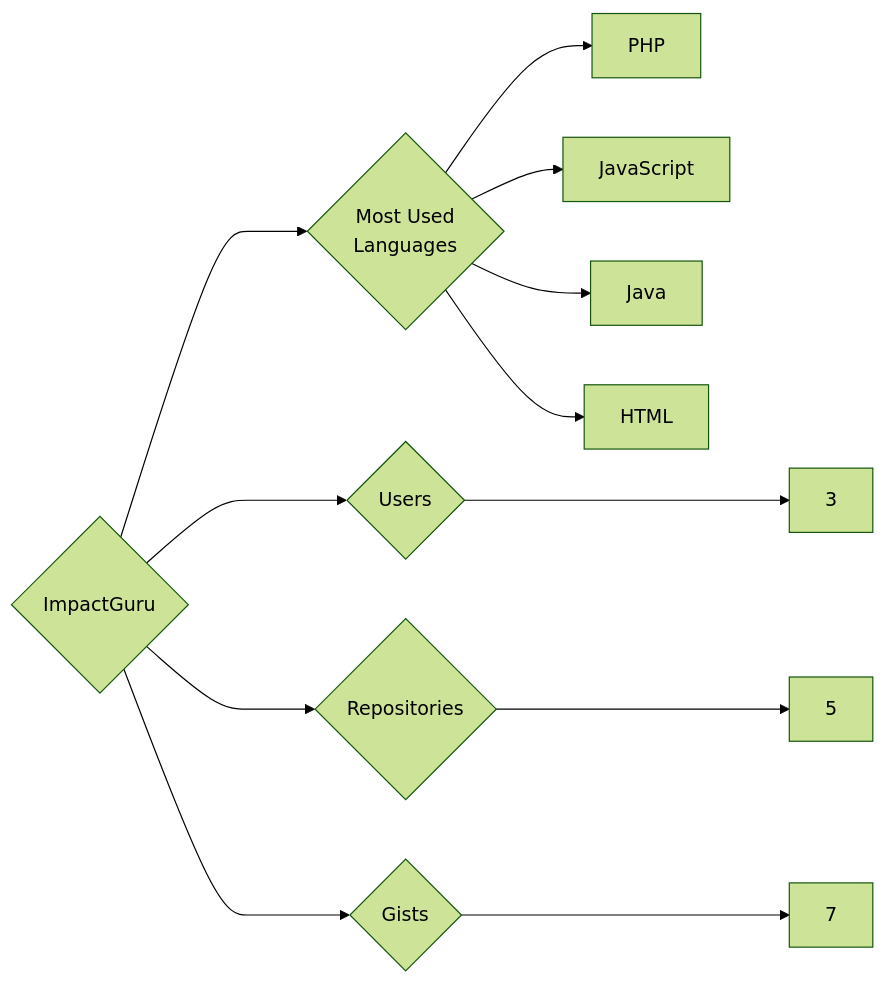
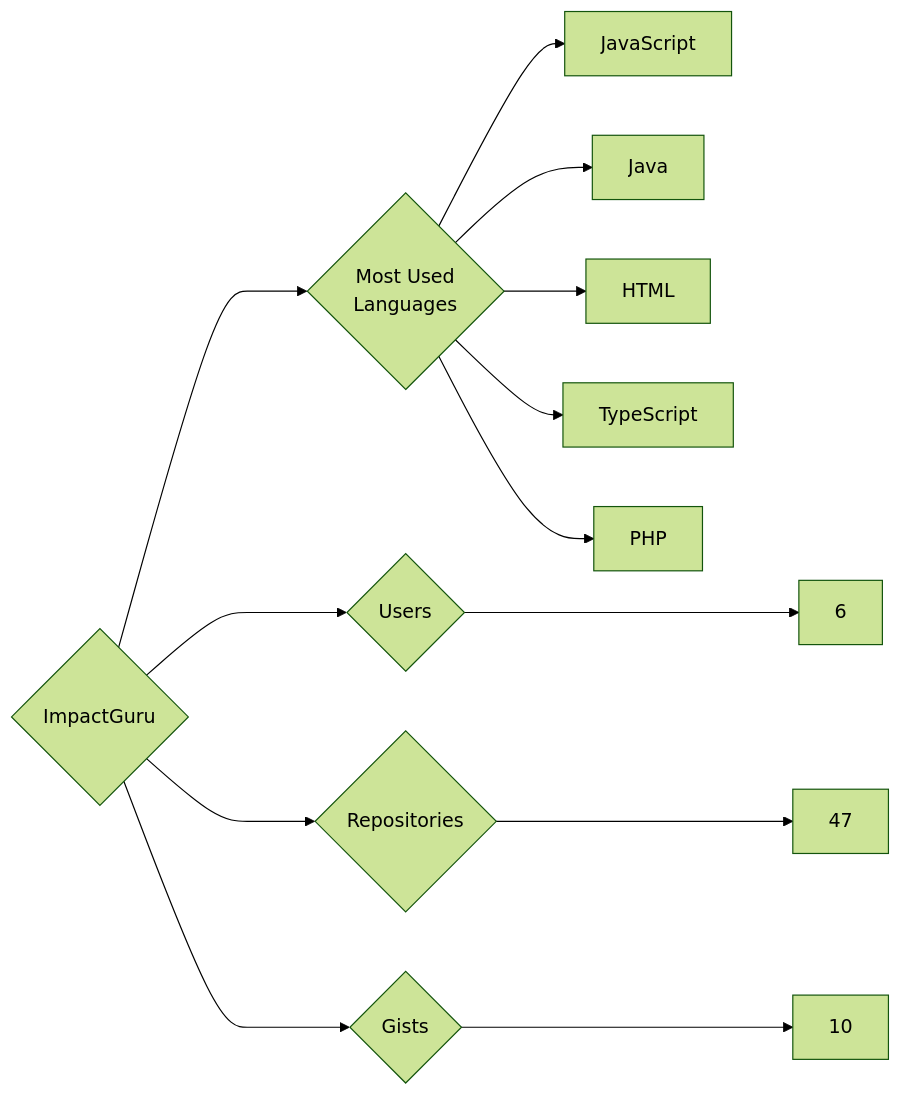
Before and after one commit to trickest/insiders: the diagram in targets/ImpactGuru/README.md, drawn with Mermaid (forest theme). The commit also changed 993 other files, not shown here.

````diff
--- a/targets/ImpactGuru/README.md
+++ b/targets/ImpactGuru/README.md
@@ -3,12 +3,13 @@
 ```mermaid
 graph LR
 COMPANY_NAME{ImpactGuru}
-COMPANY_NAME ---> U{Users} ---> UN[3]
-COMPANY_NAME ---> R{Repositories} ---> RN[5]
-COMPANY_NAME ---> G{Gists} ---> GN[7]
+COMPANY_NAME ---> U{Users} ---> UN[6]
+COMPANY_NAME ---> R{Repositories} ---> RN[47]
+COMPANY_NAME ---> G{Gists} ---> GN[10]
 COMPANY_NAME ---> ML{Most Used<br>Languages}
-ML --> PHP[PHP]
 ML --> JavaScript[JavaScript]
 ML --> Java[Java]
 ML --> HTML[HTML]
+ML --> TypeScript[TypeScript]
+ML --> PHP[PHP]
 ```
````
